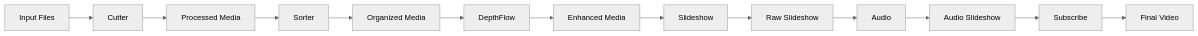
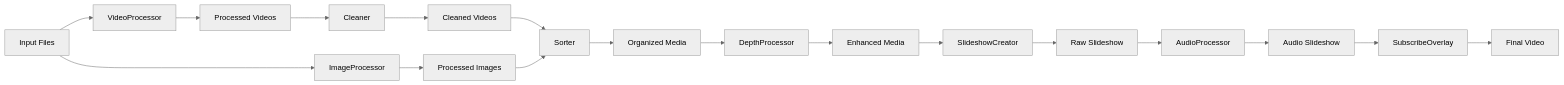
Before and after one commit to aproxis/VideoCutter: the second of 3 diagrams in memory-bank/systemPatterns.md, drawn with Mermaid (neutral theme). The commit also changed other lines of this file and 9 other files, not shown here.

````diff
--- a/memory-bank/systemPatterns.md
+++ b/memory-bank/systemPatterns.md
@@ -142,15 +204,20 @@
 ```mermaid
 graph LR
-    Input[Input Files] --> Cutter
-    Cutter --> ProcessedMedia[Processed Media]
-    ProcessedMedia --> Sorter
+    Input[Input Files] --> VideoProcessor
+    VideoProcessor --> ProcessedVideos[Processed Videos]
+    Input --> ImageProcessor
+    ImageProcessor --> ProcessedImages[Processed Images]
+    ProcessedVideos --> Cleaner
+    Cleaner --> CleanedVideos[Cleaned Videos]
+    CleanedVideos --> Sorter
+    ProcessedImages --> Sorter
     Sorter --> OrganizedMedia[Organized Media]
-    OrganizedMedia --> DepthFlow
-    DepthFlow --> EnhancedMedia[Enhanced Media]
-    EnhancedMedia --> Slideshow
-    Slideshow --> RawSlideshow[Raw Slideshow]
-    RawSlideshow --> Audio
-    Audio --> AudioSlideshow[Audio Slideshow]
-    AudioSlideshow --> Subscribe
-    Subscribe --> FinalVideo[Final Video]
+    OrganizedMedia --> DepthProcessor
+    DepthProcessor --> EnhancedMedia[Enhanced Media]
+    EnhancedMedia --> SlideshowCreator
+    SlideshowCreator --> RawSlideshow[Raw Slideshow]
+    RawSlideshow --> AudioProcessor
+    AudioProcessor --> AudioSlideshow[Audio Slideshow]
+    AudioSlideshow --> SubscribeOverlay
+    SubscribeOverlay --> FinalVideo[Final Video]
 ```
````
